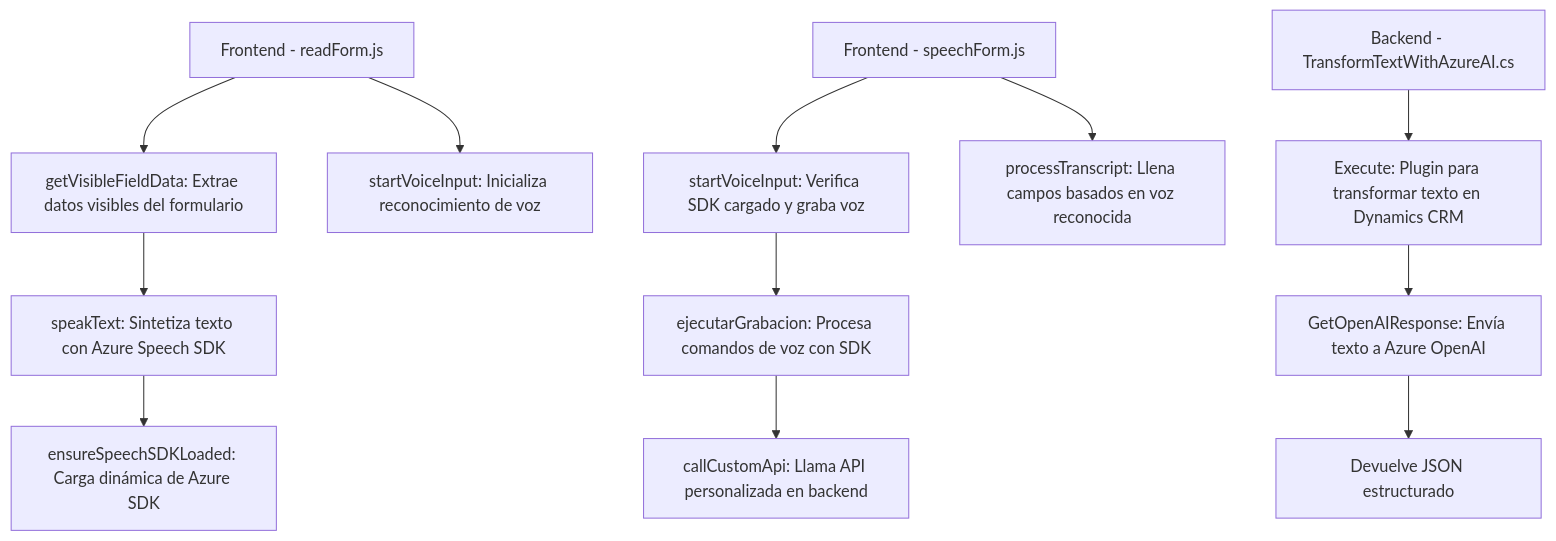
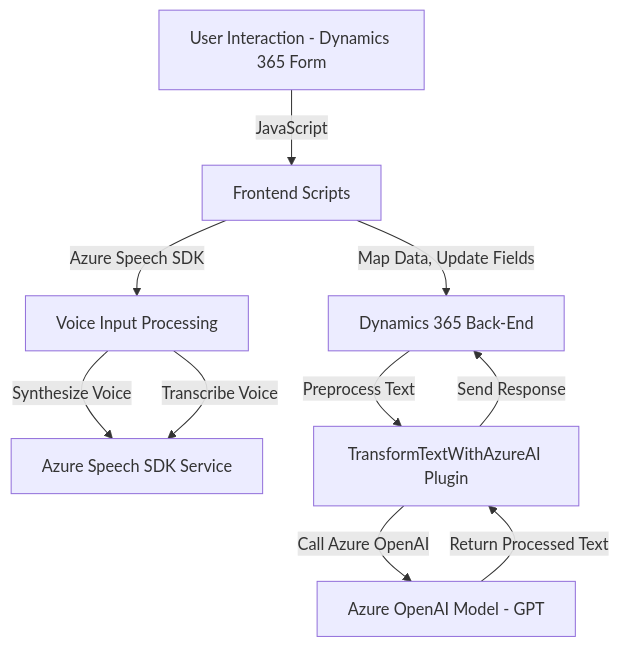
One commit to blopezdm/NETCORE_BILBAO2025 changed the diagram in README.md. Above: the diagram before and after it, drawn with Mermaid. The commit also changed other lines of this file, not shown here.

Commit message:
Actualizar análisis global de la solución con IA

````diff
--- a/README.md
+++ b/README.md
@@ -38,16 +40,12 @@
 ```mermaid
 graph TD
-    A["Frontend - readForm.js"] --> B["getVisibleFieldData: Extrae datos visibles del formulario"]
-    B --> C["speakText: Sintetiza texto con Azure Speech SDK"]
-    C --> D["ensureSpeechSDKLoaded: Carga dinámica de Azure SDK"]
-    A --> E["startVoiceInput: Inicializa reconocimiento de voz"]
-
-    F["Frontend - speechForm.js"] --> G["startVoiceInput: Verifica SDK cargado y graba voz"]
-    G --> H["ejecutarGrabacion: Procesa comandos de voz con SDK"]
-    H --> I["callCustomApi: Llama API personalizada en backend"]
-    F --> J["processTranscript: Llena campos basados en voz reconocida"]
-
-    K["Backend - TransformTextWithAzureAI.cs"] --> L["Execute: Plugin para transformar texto en Dynamics CRM"]
-    L --> M["GetOpenAIResponse: Envía texto a Azure OpenAI"]
-    M --> N["Devuelve JSON estructurado"]
+    A[User Interaction - Dynamics 365 Form] -->|JavaScript| B["Frontend Scripts"]
+    B -->|Azure Speech SDK| C["Voice Input Processing"]
+    C -->|Synthesize Voice| D["Azure Speech SDK Service"]
+    C -->|Transcribe Voice| D
+    B -->|Map Data, Update Fields| E["Dynamics 365 Back-End"]
+    E -->|Preprocess Text| F["TransformTextWithAzureAI Plugin"]
+    F -->|Call Azure OpenAI| G["Azure OpenAI Model - GPT"]
+    G -->|Return Processed Text| F
+    F -->|Send Response| E
 ```
````
